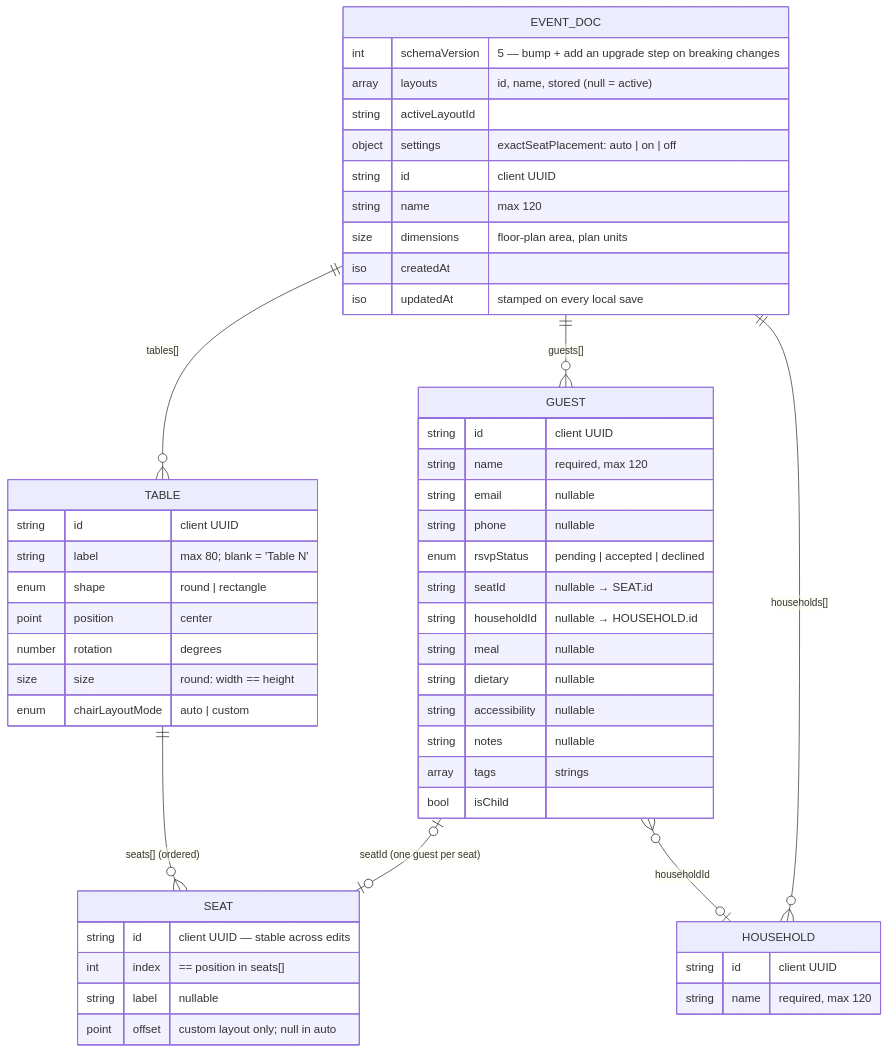
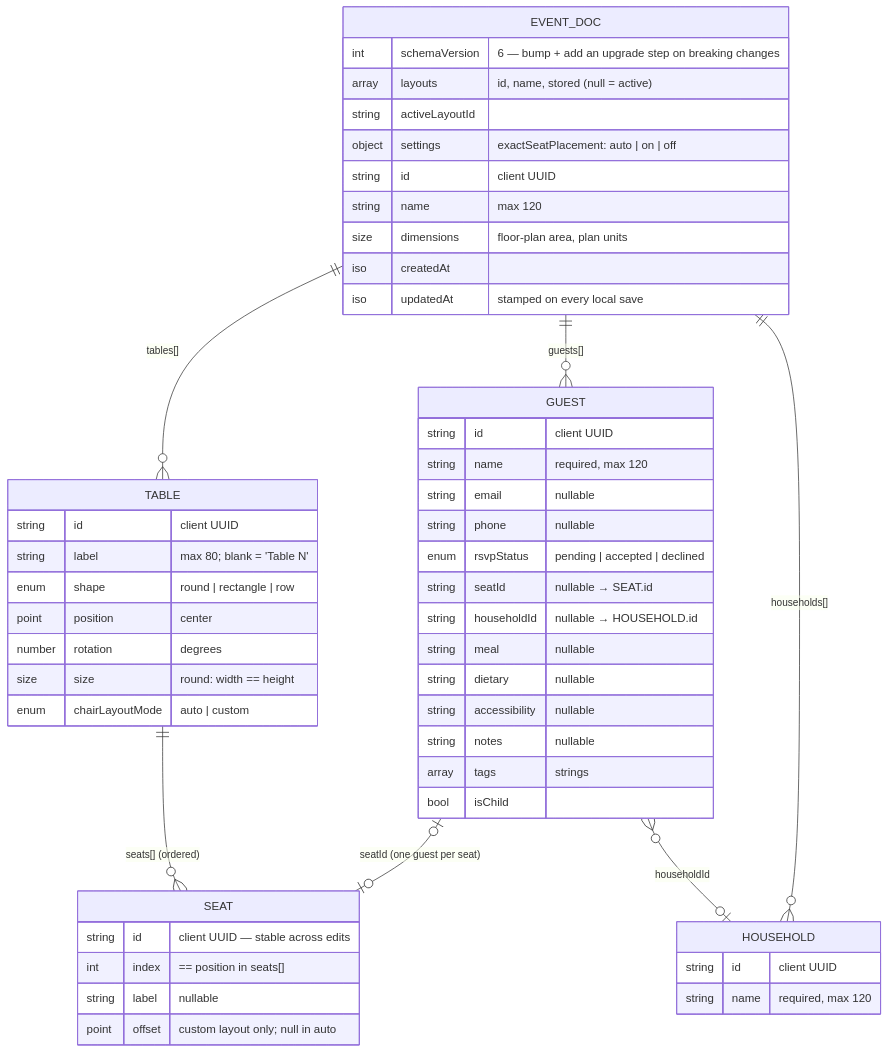
One commit to joshkat/seeater changed the second of 2 diagrams in docs/data-model.md. Above: the diagram before and after it, drawn with Mermaid. The commit also changed other lines of this file and 3 other files, not shown here.

````diff
--- a/docs/data-model.md
+++ b/docs/data-model.md
@@ -59,55 +59,55 @@
 ```mermaid
 erDiagram
   EVENT_DOC ||--o{ TABLE : "tables[]"
   TABLE ||--o{ SEAT : "seats[] (ordered)"
   EVENT_DOC ||--o{ GUEST : "guests[]"
   EVENT_DOC ||--o{ HOUSEHOLD : "households[]"
   GUEST |o--o| SEAT : "seatId (one guest per seat)"
   GUEST }o--o| HOUSEHOLD : "householdId"
 
   EVENT_DOC {
-    int schemaVersion "5 — bump + add an upgrade step on breaking changes"
+    int schemaVersion "6 — bump + add an upgrade step on breaking changes"
     array layouts "id, name, stored (null = active)"
     string activeLayoutId
     object settings "exactSeatPlacement: auto | on | off"
     string id "client UUID"
     string name "max 120"
     size dimensions "floor-plan area, plan units"
     iso createdAt
     iso updatedAt "stamped on every local save"
   }
   TABLE {
     string id "client UUID"
     string label "max 80; blank = 'Table N'"
-    enum shape "round | rectangle"
+    enum shape "round | rectangle | row"
     point position "center"
     number rotation "degrees"
     size size "round: width == height"
     enum chairLayoutMode "auto | custom"
   }
   SEAT {
     string id "client UUID — stable across edits"
     int index "== position in seats[]"
     string label "nullable"
     point offset "custom layout only; null in auto"
   }
   GUEST {
     string id "client UUID"
     string name "required, max 120"
     string email "nullable"
     string phone "nullable"
     enum rsvpStatus "pending | accepted | declined"
     string seatId "nullable → SEAT.id"
     string householdId "nullable → HOUSEHOLD.id"
     string meal "nullable"
     string dietary "nullable"
     string accessibility "nullable"
     string notes "nullable"
     array tags "strings"
     bool isChild
   }
   HOUSEHOLD {
     string id "client UUID"
     string name "required, max 120"
   }
 ```
````
